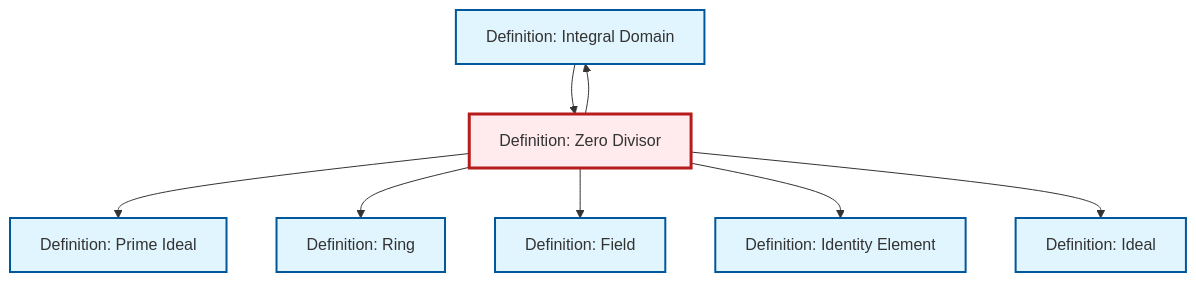
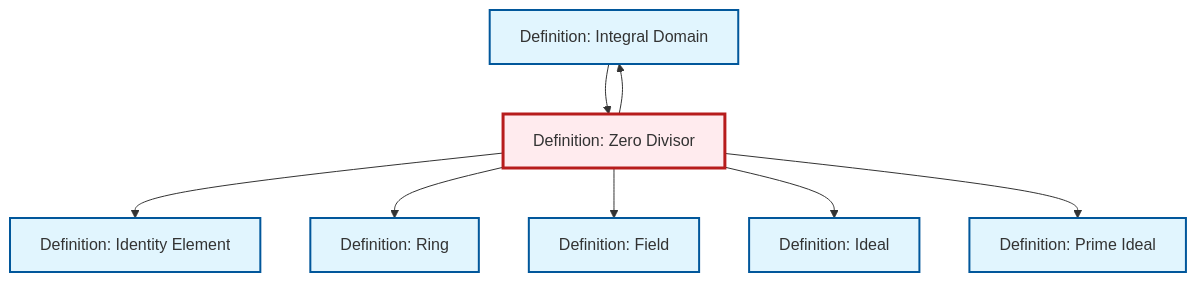
The diagram in content/en/algebra/def-zero-divisor.qmd (RK0429/ModernMath), drawn with Mermaid before and after one commit. The commit also changed other lines of this file and 672 other files, not shown here.

````diff
--- a/content/en/algebra/def-zero-divisor.qmd
+++ b/content/en/algebra/def-zero-divisor.qmd
@@ -118,30 +118,30 @@
 ```{mermaid}
 %%| fig-cap: "Local dependency graph"
 graph TD
     classDef definition fill:#e1f5fe,stroke:#01579b,stroke-width:2px
     classDef theorem fill:#f3e5f5,stroke:#4a148c,stroke-width:2px
     classDef axiom fill:#fff3e0,stroke:#e65100,stroke-width:2px
     classDef example fill:#e8f5e9,stroke:#1b5e20,stroke-width:2px
     classDef current fill:#ffebee,stroke:#b71c1c,stroke-width:3px
-    def-field["Definition: Field"]:::definition
+    def-integral-domain["Definition: Integral Domain"]:::definition
+    def-prime-ideal["Definition: Prime Ideal"]:::definition
+    def-zero-divisor["Definition: Zero Divisor"]:::definition
+    def-ideal["Definition: Ideal"]:::definition
     def-identity-element["Definition: Identity Element"]:::definition
     def-ring["Definition: Ring"]:::definition
-    def-prime-ideal["Definition: Prime Ideal"]:::definition
-    def-integral-domain["Definition: Integral Domain"]:::definition
-    def-ideal["Definition: Ideal"]:::definition
-    def-zero-divisor["Definition: Zero Divisor"]:::definition
+    def-field["Definition: Field"]:::definition
+    def-zero-divisor --> def-integral-domain
+    def-zero-divisor --> def-identity-element
+    def-zero-divisor --> def-ring
+    def-zero-divisor --> def-field
+    def-zero-divisor --> def-ideal
     def-zero-divisor --> def-prime-ideal
-    def-zero-divisor --> def-ring
     def-integral-domain --> def-zero-divisor
-    def-zero-divisor --> def-field
-    def-zero-divisor --> def-identity-element
-    def-zero-divisor --> def-ideal
-    def-zero-divisor --> def-integral-domain
     class def-zero-divisor current
-    click def-field "def-field.html" "Go to Field definition"
+    click def-integral-domain "def-integral-domain.html" "Go to Integral Domain definition"
+    click def-prime-ideal "def-prime-ideal.html" "Go to Prime Ideal definition"
+    click def-ideal "def-ideal.html" "Go to Ideal definition"
     click def-identity-element "def-identity-element.html" "Go to Identity Element definition"
     click def-ring "def-ring.html" "Go to Ring definition"
-    click def-prime-ideal "def-prime-ideal.html" "Go to Prime Ideal definition"
-    click def-integral-domain "def-integral-domain.html" "Go to Integral Domain definition"
-    click def-ideal "def-ideal.html" "Go to Ideal definition"
+    click def-field "def-field.html" "Go to Field definition"
 ```
````
